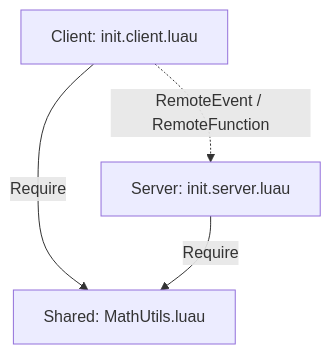
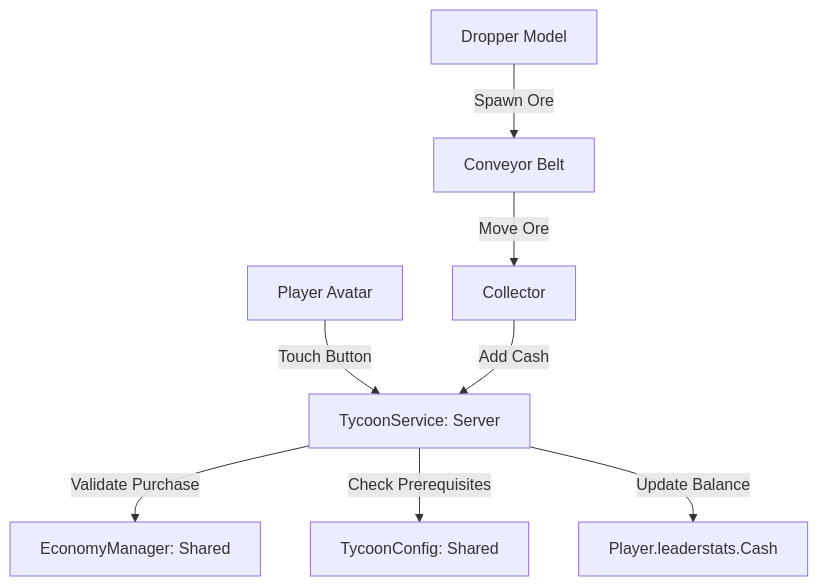
The diagram in .ai/ARCHITECTURE.md (Ainz-Oul-Gown/roblox), drawn with Mermaid before and after one commit. The commit also changed other lines of this file and 9 other files, not shown here.

Commit message:
feat: add tycoon config, economy manager, tycoon service and unit tests

````diff
--- a/.ai/ARCHITECTURE.md
+++ b/.ai/ARCHITECTURE.md
@@ -26,6 +20,10 @@
 ```mermaid
 graph TD
-    Client[Client: init.client.luau] -->|Require| Shared[Shared: MathUtils.luau]
-    Server[Server: init.server.luau] -->|Require| Shared
-    Client -.->|RemoteEvent / RemoteFunction| Server
+    Player[Player Avatar] -->|Touch Button| TycoonService[TycoonService: Server]
+    TycoonService -->|Validate Purchase| EconomyManager[EconomyManager: Shared]
+    TycoonService -->|Check Prerequisites| TycoonConfig[TycoonConfig: Shared]
+    TycoonService -->|Update Balance| Leaderstats[Player.leaderstats.Cash]
+    Dropper[Dropper Model] -->|Spawn Ore| Conveyor[Conveyor Belt]
+    Conveyor -->|Move Ore| Collector[Collector]
+    Collector -->|Add Cash| TycoonService
 ```
````
